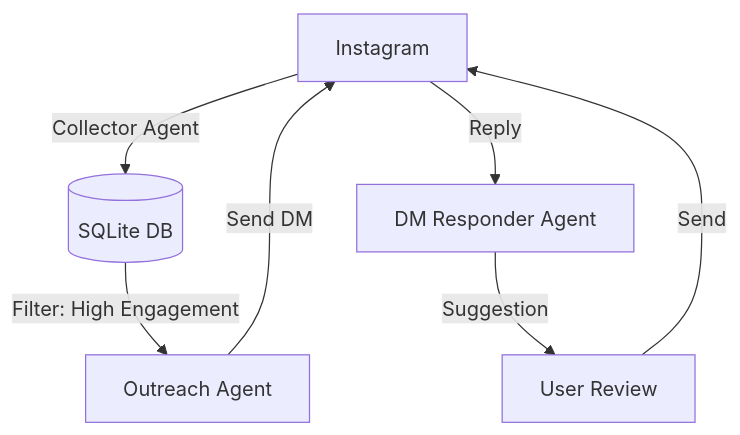
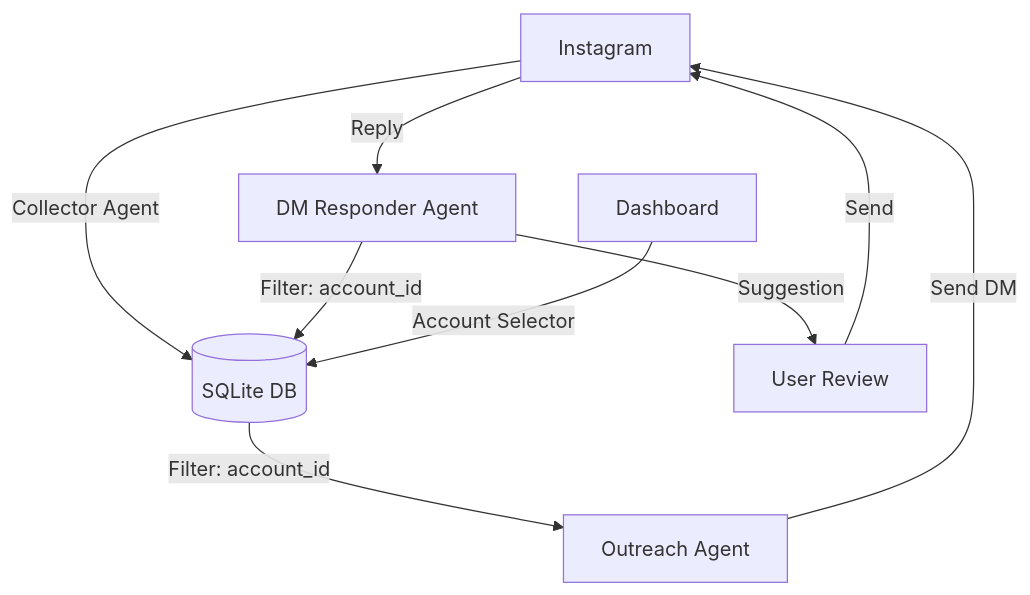
The diagram in README.md (newtlouis/setting-engine), drawn with Mermaid before and after one commit. The commit also changed other lines of this file and 2 other files, not shown here.

````diff
--- a/README.md
+++ b/README.md
@@ -139,9 +145,11 @@
 ```mermaid
 graph TD
     A[Instagram] -->|Collector Agent| B[(SQLite DB)]
-    B -->|Filter: High Engagement| C[Outreach Agent]
+    B -->|Filter: account_id| C[Outreach Agent]
     C -->|Send DM| A
     A -->|Reply| D[DM Responder Agent]
+    D -->|Filter: account_id| B
     D -->|Suggestion| E[User Review]
     E -->|Send| A
+    F[Dashboard] -->|Account Selector| B
 ```
````
